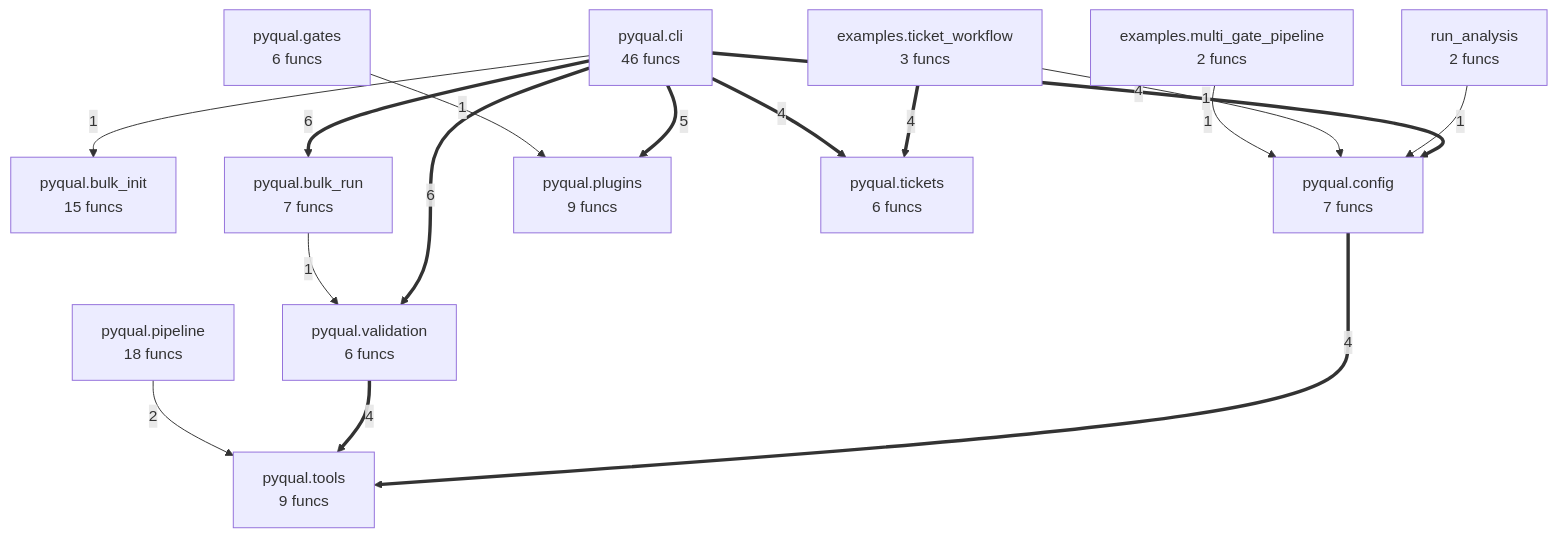
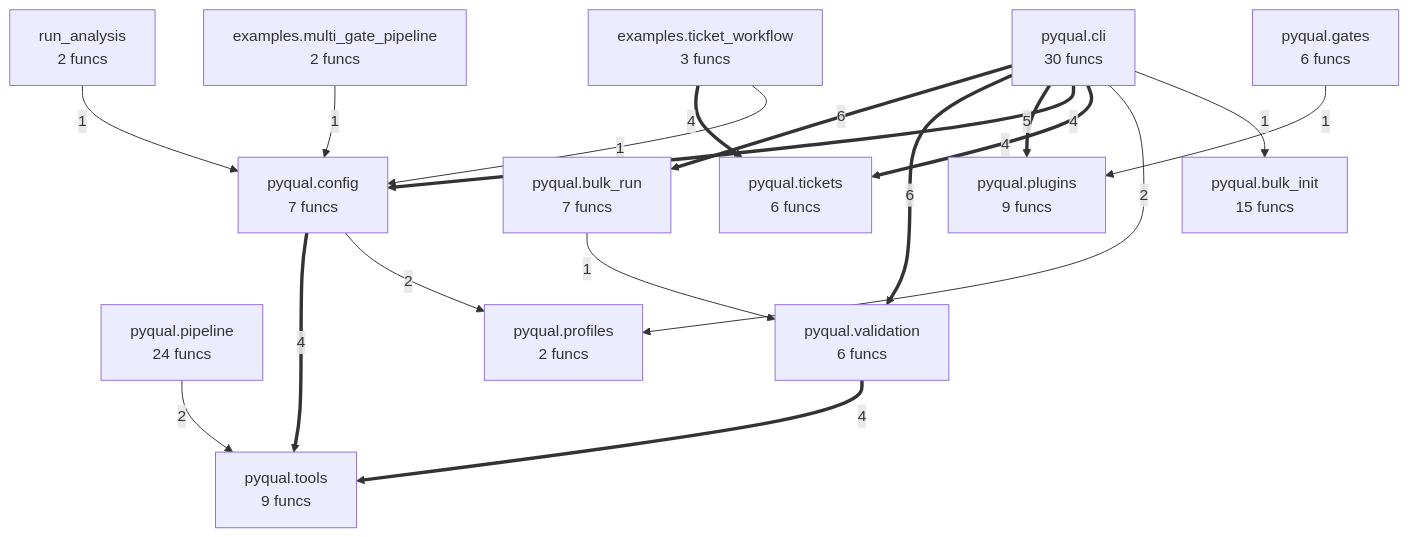
Before and after one commit to semcod/pyqual: the diagram in project/compact_flow.mmd, drawn with Mermaid. The commit also changed 112 other files, not shown here.

```diff
--- a/project/compact_flow.mmd
+++ b/project/compact_flow.mmd
@@ -1,29 +1,32 @@
 flowchart TD
     examples__multi_gate_pipeline["examples.multi_gate_pipeline<br/>2 funcs"]
     examples__ticket_workflow["examples.ticket_workflow<br/>3 funcs"]
     pyqual__bulk_init["pyqual.bulk_init<br/>15 funcs"]
     pyqual__bulk_run["pyqual.bulk_run<br/>7 funcs"]
-    pyqual__cli["pyqual.cli<br/>46 funcs"]
+    pyqual__cli["pyqual.cli<br/>30 funcs"]
     pyqual__config["pyqual.config<br/>7 funcs"]
     pyqual__gates["pyqual.gates<br/>6 funcs"]
-    pyqual__pipeline["pyqual.pipeline<br/>18 funcs"]
+    pyqual__pipeline["pyqual.pipeline<br/>24 funcs"]
     pyqual__plugins["pyqual.plugins<br/>9 funcs"]
+    pyqual__profiles["pyqual.profiles<br/>2 funcs"]
     pyqual__tickets["pyqual.tickets<br/>6 funcs"]
     pyqual__tools["pyqual.tools<br/>9 funcs"]
     pyqual__validation["pyqual.validation<br/>6 funcs"]
     run_analysis["run_analysis<br/>2 funcs"]
     pyqual__cli ==>|6| pyqual__bulk_run
     pyqual__cli ==>|6| pyqual__validation
     pyqual__cli ==>|5| pyqual__plugins
     examples__ticket_workflow ==>|4| pyqual__tickets
     pyqual__config ==>|4| pyqual__tools
     pyqual__cli ==>|4| pyqual__config
     pyqual__cli ==>|4| pyqual__tickets
     pyqual__validation ==>|4| pyqual__tools
+    pyqual__config -->|2| pyqual__profiles
+    pyqual__cli -->|2| pyqual__profiles
     pyqual__pipeline -->|2| pyqual__tools
     run_analysis -->|1| pyqual__config
+    examples__multi_gate_pipeline -->|1| pyqual__config
     examples__ticket_workflow -->|1| pyqual__config
-    examples__multi_gate_pipeline -->|1| pyqual__config
     pyqual__gates -->|1| pyqual__plugins
     pyqual__cli -->|1| pyqual__bulk_init
     pyqual__bulk_run -->|1| pyqual__validation
```
